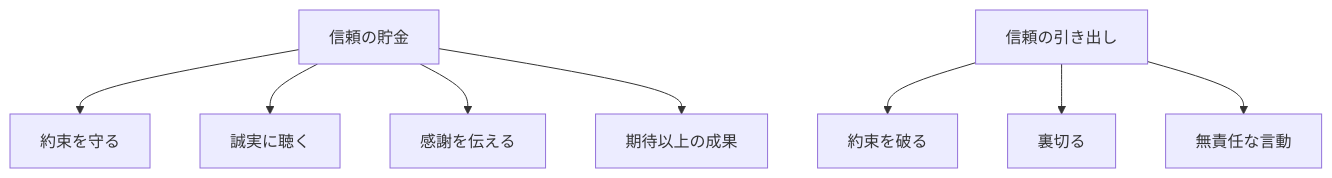
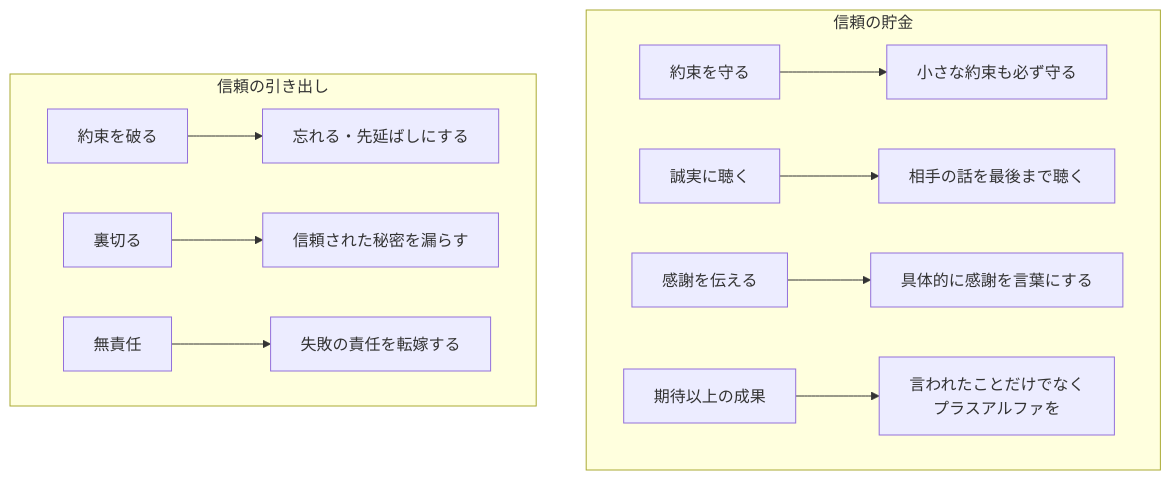
The second of 4 diagrams in content/blog/285-trust-bank-relationship-assets.md (tndg16-bot/portfolio-site), drawn with Mermaid before and after one commit. The commit also changed other lines of this file and 19 other files, not shown here.

````diff
--- a/content/blog/285-trust-bank-relationship-assets.md
+++ b/content/blog/285-trust-bank-relationship-assets.md
@@ -49,13 +55,15 @@
 ```mermaid
 graph TD
-    A[信頼の貯金]
-    A --> B[約束を守る]
-    A --> C[誠実に聴く]
-    A --> D[感謝を伝える]
-    A --> E[期待以上の成果]
+    subgraph 信頼の貯金
+    A[約束を守る] --> A1[小さな約束も必ず守る]
+    B[誠実に聴く] --> B1[相手の話を最後まで聴く]
+    C[感謝を伝える] --> C1[具体的に感謝を言葉にする]
+    D[期待以上の成果] --> D1[言われたことだけでなく<br/>プラスアルファを]
+    end
     
-    F[信頼の引き出し]
-    F --> G[約束を破る]
-    F --> H[裏切る]
-    F --> I[無責任な言動]
+    subgraph 信頼の引き出し
+    E[約束を破る] --> E1[忘れる・先延ばしにする]
+    F[裏切る] --> F1[信頼された秘密を漏らす]
+    G[無責任] --> G1[失敗の責任を転嫁する]
+    end
 ```
````
